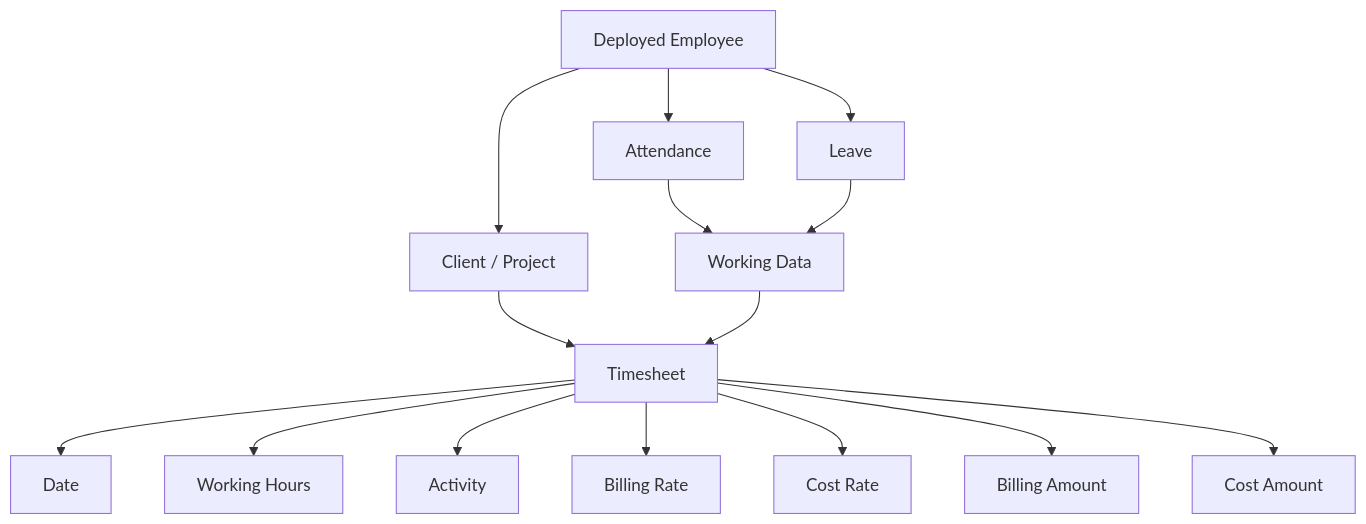
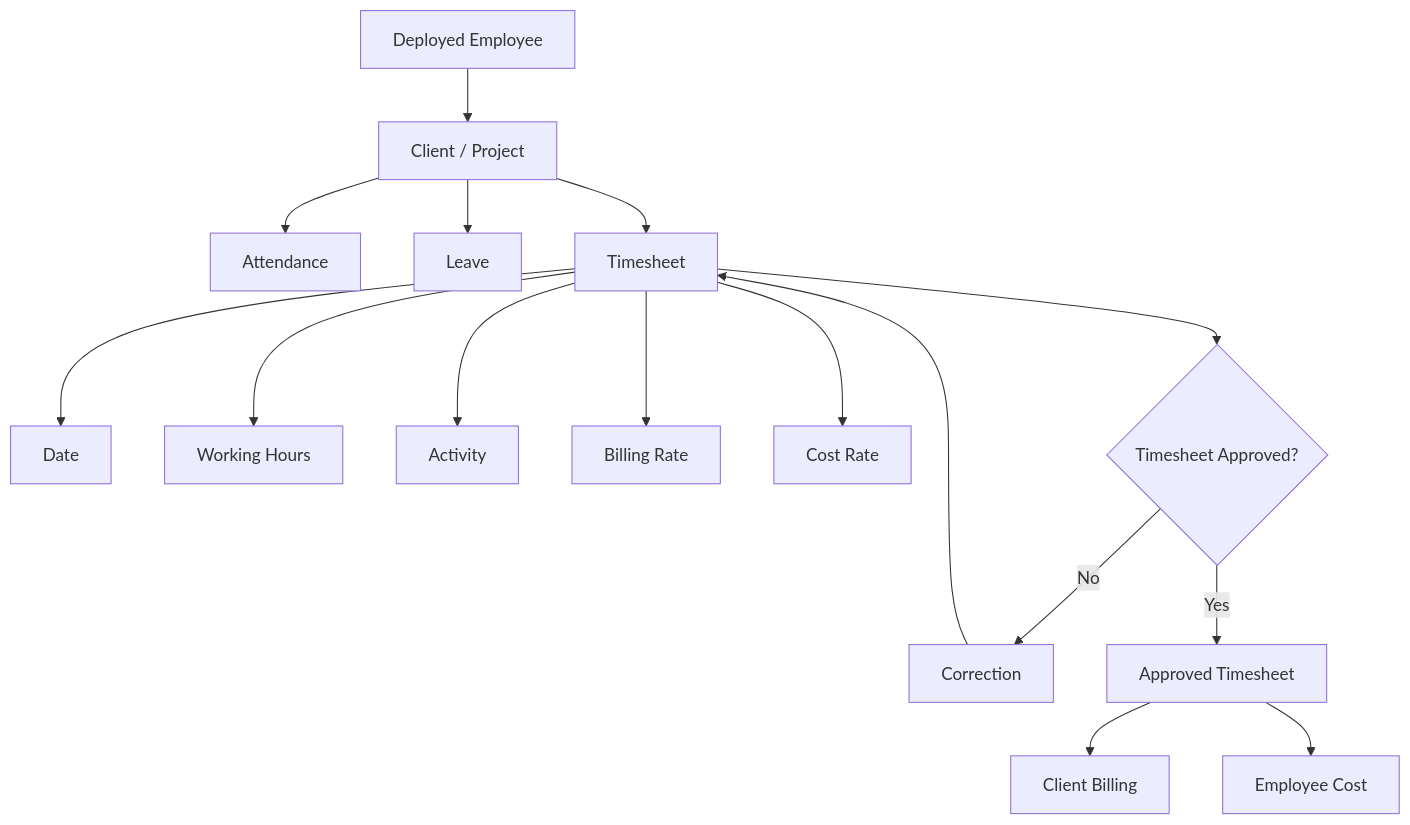
One commit to Plug0007/erpnext-niglobal changed diagram 14 of 25 in README.md. Above: the diagram before and after it, drawn with Mermaid. The commit also changed other lines of this file, not shown here.

````diff
--- a/README.md
+++ b/README.md
@@ -741,28 +826,28 @@
 ```mermaid
 flowchart TD
     %% =========================================================
-    %% OPERATIONS
-    %% Post-deployment workforce activity.
+    %% TIMESHEET / OPERATIONS
+    %% Post-deployment operations.
     %% =========================================================
 
-    A[Deployed Employee] --> B[Client / Project]
-    B --> C[Timesheet]
+    A["Deployed Employee"]
+    A --> B["Client / Project"]
 
-    %% Timesheet data.
-    C --> D[Date]
-    C --> E[Working Hours]
-    C --> F[Activity]
-    C --> G[Billing Rate]
-    C --> H[Cost Rate]
-    C --> I[Billing Amount]
-    C --> J[Cost Amount]
+    B --> C["Attendance"]
+    B --> D["Leave"]
+    B --> E["Timesheet"]
 
-    %% Other HR operational records.
-    A --> K[Attendance]
-    A --> L[Leave]
+    E --> F["Date"]
+    E --> G["Working Hours"]
+    E --> H["Activity"]
+    E --> I["Billing Rate"]
+    E --> J["Cost Rate"]
 
-    %% Operational data feeds timesheet/costing.
-    K --> M[Working Data]
-    L --> M
-    M --> C
+    E --> K{"Timesheet Approved?"}
+    K -->|No| L["Correction"]
+    L --> E
+    K -->|Yes| M["Approved Timesheet"]
+
+    M --> N["Client Billing"]
+    M --> O["Employee Cost"]
 ```
````
